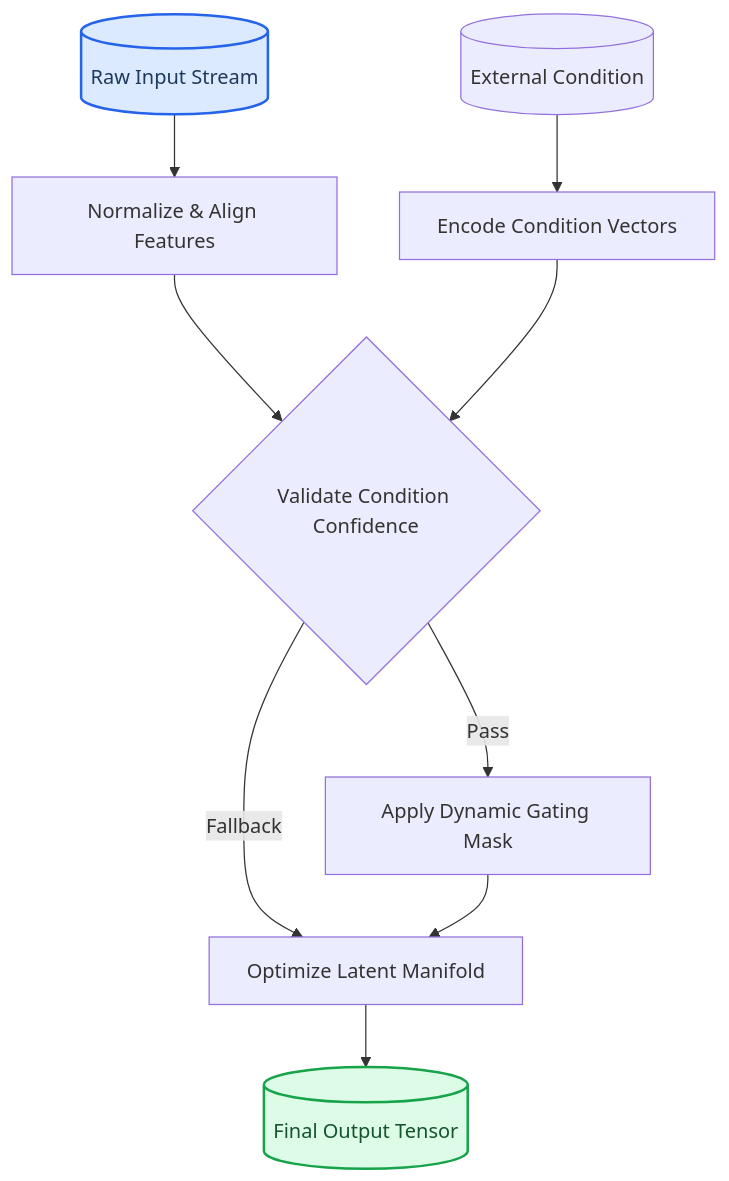
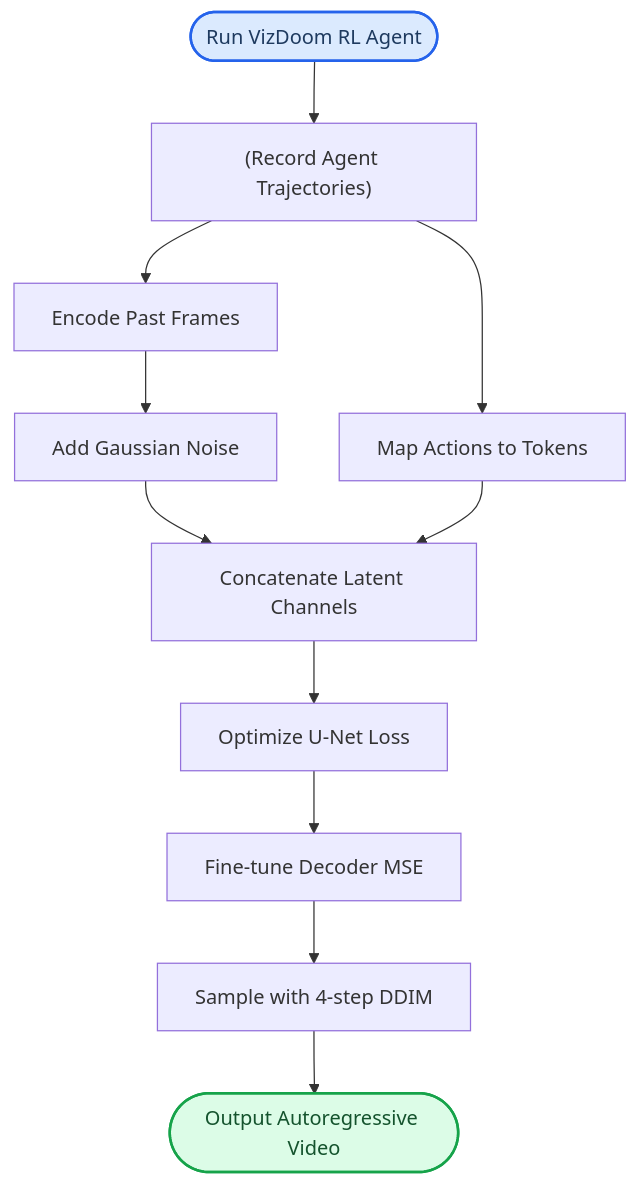
The third of 10 diagrams in person_vault/2026-06-08_DiffusionModelsAreRealTimeGameEngines_2408.14837/report.md (ShinewineW/paper-rolling), drawn with Mermaid before and after one commit. The commit also changed other lines of this file and 51 other files, not shown here.

````diff
--- a/person_vault/2026-06-08_DiffusionModelsAreRealTimeGameEngines_2408.14837/report.md
+++ b/person_vault/2026-06-08_DiffusionModelsAreRealTimeGameEngines_2408.14837/report.md
@@ -125,26 +173,19 @@
 ```mermaid
-graph TB
-    raw_data[("Raw Input Stream")]
-    cond_sig[("External Condition")]
-    norm_align["Normalize & Align Features"]
-    cond_enc["Encode Condition Vectors"]
-    gate_check{Validate Condition Confidence}
-    dynamic_fuse["Apply Dynamic Gating Mask"]
-    latent_gen["Optimize Latent Manifold"]
-    final_out[("Final Output Tensor")]
+flowchart TB
+  run_vizdoom_agent(["Run VizDoom RL Agent"]) --> record_trajectories["(Record Agent Trajectories)"]
+  record_trajectories --> encode_past_frames["Encode Past Frames"]
+  record_trajectories --> map_actions_tokens["Map Actions to Tokens"]
+  encode_past_frames --> add_gaussian_noise["Add Gaussian Noise"]
+  add_gaussian_noise --> concat_latent_channels["Concatenate Latent Channels"]
+  map_actions_tokens --> concat_latent_channels
+  concat_latent_channels --> optimize_unet_loss["Optimize U-Net Loss"]
+  optimize_unet_loss --> finetune_decoder_mse["Fine-tune Decoder MSE"]
+  finetune_decoder_mse --> sample_4step_ddim["Sample with 4-step DDIM"]
+  sample_4step_ddim --> output_autoregressive_video(["Output Autoregressive Video"])
 
-    raw_data --> norm_align
-    cond_sig --> cond_enc
-    norm_align --> gate_check
-    cond_enc --> gate_check
-    gate_check -->|Pass| dynamic_fuse
-    gate_check -->|Fallback| latent_gen
-    dynamic_fuse --> latent_gen
-    latent_gen --> final_out
-
-    class raw_data required
-    class final_out output
-    classDef required fill:#dbeafe,stroke:#2563eb,stroke-width:2px,color:#1e3a5f
-    classDef output fill:#dcfce7,stroke:#16a34a,stroke-width:2px,color:#14532d
-    classDef optional fill:#fef9c3,stroke:#ca8a04,stroke-width:2px,color:#713f12
+  classDef required fill:#dbeafe,stroke:#2563eb,stroke-width:2px,color:#1e3a5f
+  classDef output fill:#dcfce7,stroke:#16a34a,stroke-width:2px,color:#14532d
+  classDef optional fill:#fef9c3,stroke:#ca8a04,stroke-width:2px,color:#713f12
+  class run_vizdoom_agent required
+  class output_autoregressive_video output
 ```
````
